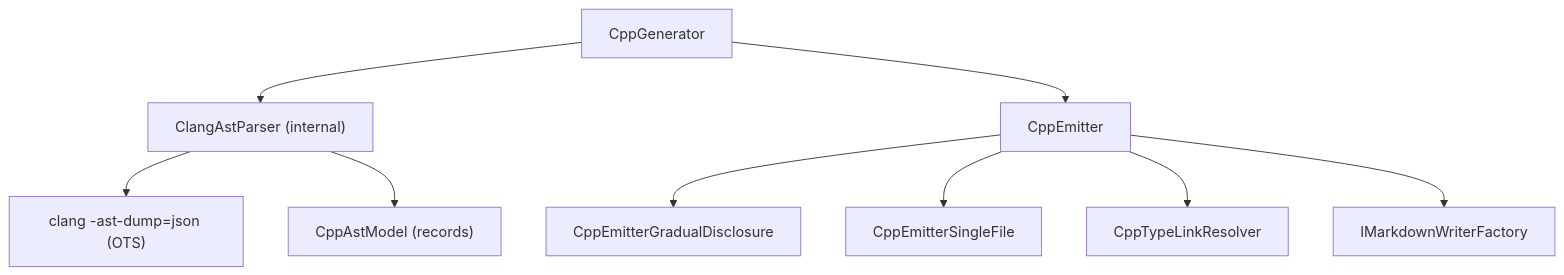
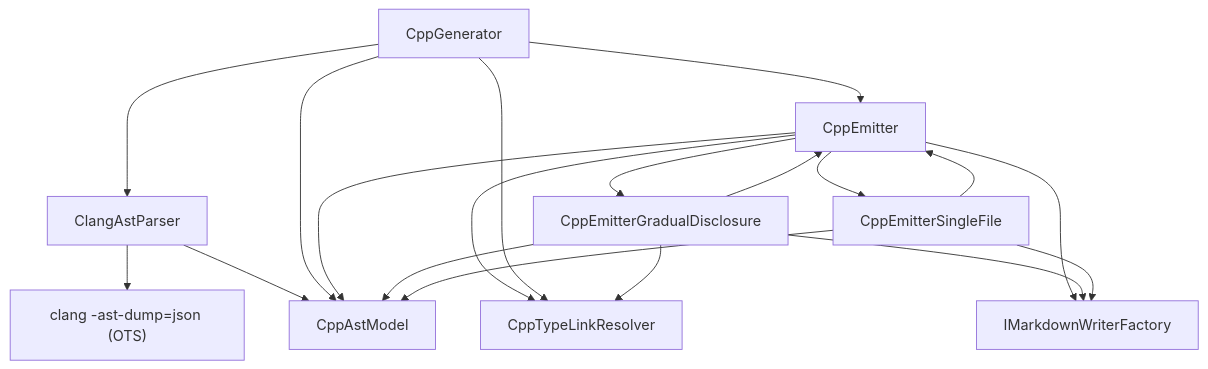
Before and after one commit to demaconsulting/ApiMark: the diagram in docs/design/api-mark-cpp.md, drawn with Mermaid. The commit also changed other lines of this file and 218 other files, not shown here.

````diff
--- a/docs/design/api-mark-cpp.md
+++ b/docs/design/api-mark-cpp.md
@@ -33,11 +25,21 @@
 ```mermaid
 flowchart TD
-    CppGenerator --> ClangAstParser["ClangAstParser (internal)"]
+    CppGenerator --> ClangAstParser
+    ClangAstParser --> clang["clang -ast-dump=json (OTS)"]
+    ClangAstParser --> CppAstModel
+    CppGenerator --> CppAstModel
     CppGenerator --> CppEmitter
-    ClangAstParser --> clang["clang -ast-dump=json (OTS)"]
-    ClangAstParser --> CppAstModel["CppAstModel (records)"]
     CppEmitter --> CppEmitterGradualDisclosure
     CppEmitter --> CppEmitterSingleFile
+    CppEmitterGradualDisclosure --> CppEmitter
+    CppEmitterSingleFile --> CppEmitter
     CppEmitter --> CppTypeLinkResolver
     CppEmitter --> IMarkdownWriterFactory
+    CppGenerator --> CppTypeLinkResolver
+    CppEmitter --> CppAstModel
+    CppEmitterGradualDisclosure --> CppAstModel
+    CppEmitterSingleFile --> CppAstModel
+    CppEmitterGradualDisclosure --> CppTypeLinkResolver
+    CppEmitterGradualDisclosure --> IMarkdownWriterFactory
+    CppEmitterSingleFile --> IMarkdownWriterFactory
 ```
````
